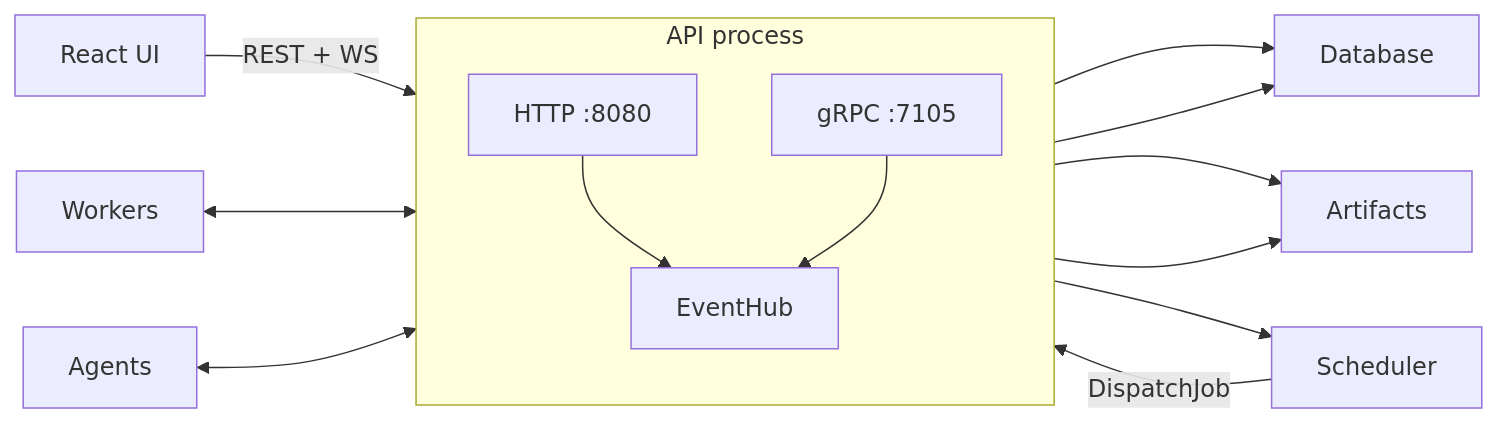
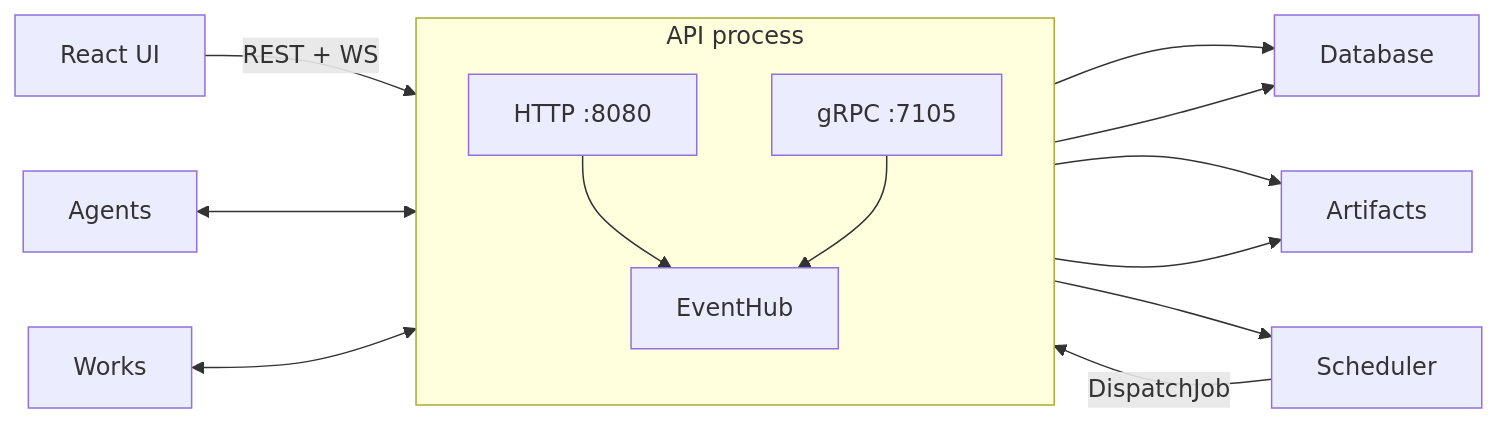
One commit to EdwardCooke/cdrom changed the second of 10 diagrams in docs/Architecture.md. Above: the diagram before and after it, drawn with Mermaid. The commit also changed other lines of this file and 177 other files, not shown here.

````diff
--- a/docs/Architecture.md
+++ b/docs/Architecture.md
@@ -114,22 +114,22 @@
 ```mermaid
 flowchart LR
     subgraph API["API process"]
         direction TB
         H["HTTP :8080"]
         G["gRPC :7105"]
         HUB["EventHub"]
         H --> HUB
         G --> HUB
     end
 
     UI["React UI"] -->|REST + WS| H
-    W["Workers"] <--> G
-    A["Agents"] <--> G
+    W["Agents"] <--> G
+    A["Works"] <--> G
     S["Scheduler"] -->|DispatchJob| G
 
     G --> DB["Database"]
     G --> ART["Artifacts"]
     H --> DB
     H --> S
     H --> ART
 ```
````
